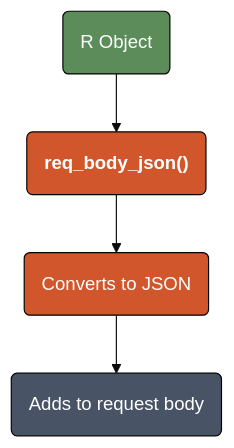
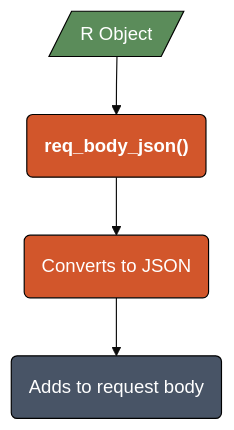
One commit to mjfrigaard/do4ds-labs changed the third of 6 diagrams in r-app-api.qmd. Above: the diagram before and after it, drawn with Mermaid. The commit also changed other lines of this file and 19 other files, not shown here.

````diff
--- a/r-app-api.qmd
+++ b/r-app-api.qmd
@@ -337,17 +339,17 @@
 ```{mermaid}
 %%| fig-cap: 'Adding a JSON Body'
 %%| fig-width: 6.5
 %%| fig-align: 'center'
 %%{init: {'theme': 'base', 'themeVariables': {'fontFamily': 'monospace'}}}%%
 
 graph TD
-	A("R Object") --> B("<strong>req_body_json()</strong>")
+	A[/"R Object"/] --> B("<strong>req_body_json()</strong>")
 	B --> C("Converts to JSON")
 	C --> D("Adds to request body")
     style A fill:#5B8C5A,stroke:#000000,stroke-width:1px,color:#ffffff
     style B fill:#D2562B,stroke:#000000,stroke-width:1px,color:#ffffff
     style C fill:#D2562B,stroke:#000000,stroke-width:1px,color:#ffffff
     style D fill:#485466,stroke:#000000,stroke-width:1px,color:#ffffff
 
 
 ```
````
